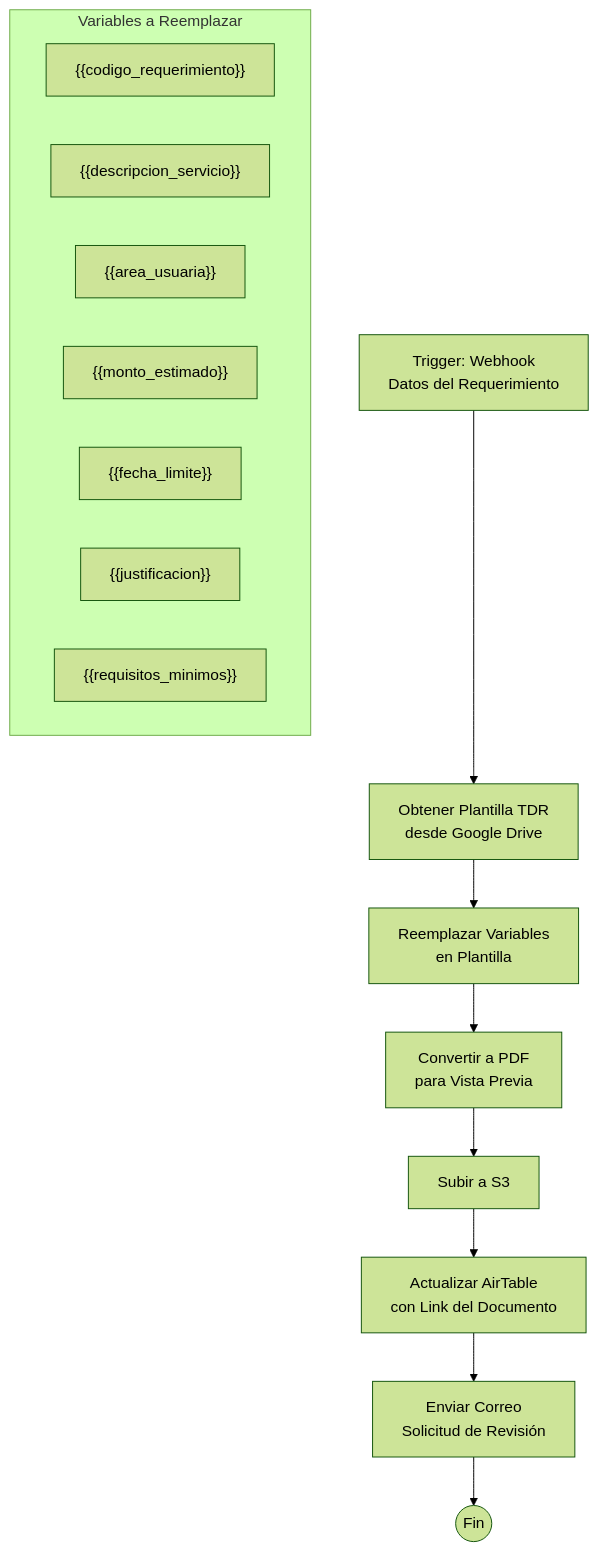
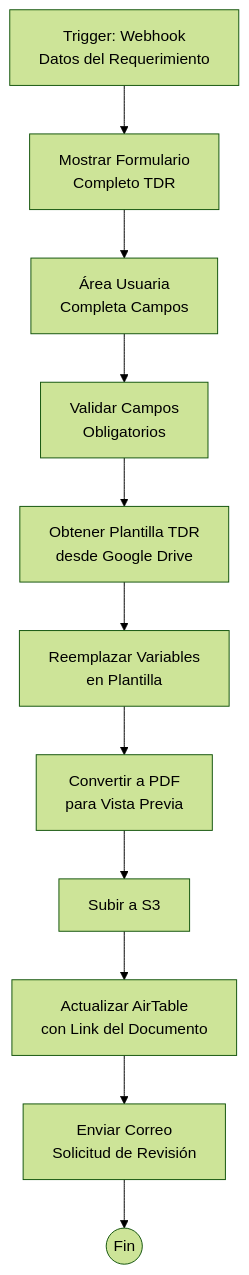
The ninth of 21 diagrams in README.md (lfam200/WorkFlow-n8n), drawn with Mermaid (forest theme) before and after one commit. The commit also changed other lines of this file, not shown here.

````diff
--- a/README.md
+++ b/README.md
@@ -693,21 +807,14 @@
 ```mermaid
 flowchart TD
-    A[Trigger: Webhook<br/>Datos del Requerimiento] --> B[Obtener Plantilla TDR<br/>desde Google Drive]
+    A[Trigger: Webhook<br/>Datos del Requerimiento] --> B[Mostrar Formulario<br/>Completo TDR]
     
-    B --> C[Reemplazar Variables<br/>en Plantilla]
-    C --> D[Convertir a PDF<br/>para Vista Previa]
-    D --> E[Subir a S3]
-    E --> F[Actualizar AirTable<br/>con Link del Documento]
-    F --> G[Enviar Correo<br/>Solicitud de Revisión]
-    G --> H((Fin))
-    
-    subgraph "Variables a Reemplazar"
-        V1["{{codigo_requerimiento}}"]
-        V2["{{descripcion_servicio}}"]
-        V3["{{area_usuaria}}"]
-        V4["{{monto_estimado}}"]
-        V5["{{fecha_limite}}"]
-        V6["{{justificacion}}"]
-        V7["{{requisitos_minimos}}"]
-    end
+    B --> C[Área Usuaria<br/>Completa Campos]
+    C --> D[Validar Campos<br/>Obligatorios]
+    D --> E[Obtener Plantilla TDR<br/>desde Google Drive]
+    E --> F[Reemplazar Variables<br/>en Plantilla]
+    F --> G[Convertir a PDF<br/>para Vista Previa]
+    G --> H[Subir a S3]
+    H --> I[Actualizar AirTable<br/>con Link del Documento]
+    I --> J[Enviar Correo<br/>Solicitud de Revisión]
+    J --> K((Fin))
 ```
````
